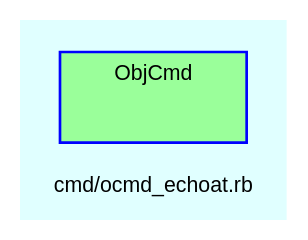
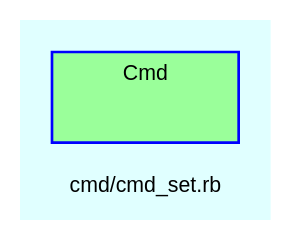
The diagram in doc/dot/f_49.dot (Tyche/teensymud), drawn with Graphviz before and after one commit. The commit also changed 154 other files, not shown here.

Commit message:
Created lib/db directory and moved database.rb there. Split out game object classes in tmud.rb to lib/db. Renamed Obj to GameObject. Added test modules for game objects. Added TML documentation file.

```diff
--- a/doc/dot/f_49.dot
+++ b/doc/dot/f_49.dot
@@ -1,29 +1,29 @@
 digraph TopLevel {
     compound = true
     bgcolor = lightcyan1
     fontname = Arial
     fontsize = 8
-    label = "cmd/ocmd_echoat.rb"
+    label = "cmd/cmd_set.rb"
     node [
         fontname = Arial,
         fontsize = 8,
         color = black
     ]
 
-    subgraph cluster_ObjCmd {
+    subgraph cluster_Cmd {
         fillcolor = palegreen1
-        URL = "classes/ObjCmd.html"
+        URL = "classes/Cmd.html"
         fontname = Arial
         color = blue
-        label = "ObjCmd"
+        label = "Cmd"
         style = filled
-        ObjCmd [
+        Cmd [
             shape = plaintext,
             height = 0.01,
             width = 0.75,
             label = ""
         ]
 
     }
 
 }
```
